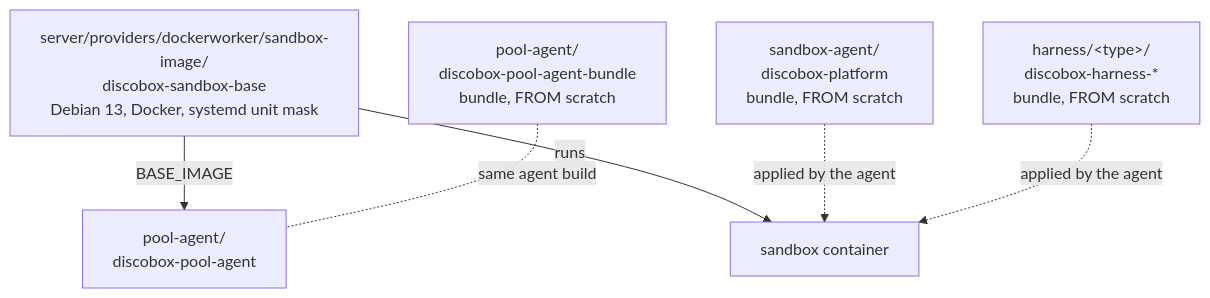
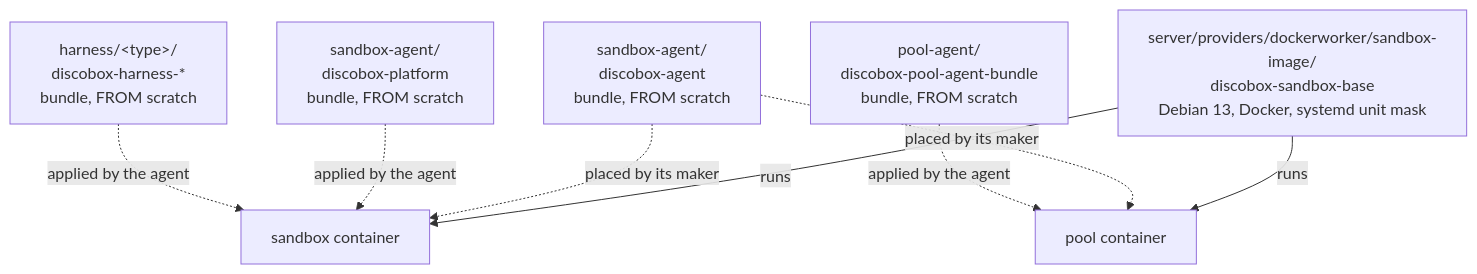
Before and after one commit to discobox-ai/discobox: the fifth of 5 diagrams in DESIGN.md, drawn with Mermaid. The commit also changed other lines of this file and 58 other files, not shown here.

First line of the commit message:
feat: retire the pool-agent image

````diff
--- a/DESIGN.md
+++ b/DESIGN.md
@@ -403,15 +403,18 @@
 ```mermaid
 flowchart TD
     base["server/providers/dockerworker/sandbox-image/<br/>discobox-sandbox-base<br/>Debian 13, Docker, systemd unit mask"]
-    pool["pool-agent/<br/>discobox-pool-agent"]
-    poolbundle["pool-agent/<br/>discobox-pool-agent-bundle<br/>bundle, FROM scratch"]
+    agent["sandbox-agent/<br/>discobox-agent<br/>bundle, FROM scratch"]
     platform["sandbox-agent/<br/>discobox-platform<br/>bundle, FROM scratch"]
     bundle["harness/&lt;type&gt;/<br/>discobox-harness-*<br/>bundle, FROM scratch"]
+    poolbundle["pool-agent/<br/>discobox-pool-agent-bundle<br/>bundle, FROM scratch"]
     box["sandbox container"]
+    poolbox["pool container"]
 
-    base -->|BASE_IMAGE| pool
     base -->|runs| box
+    base -->|runs| poolbox
+    agent -.->|placed by its maker| box
+    agent -.->|placed by its maker| poolbox
     platform -.->|applied by the agent| box
     bundle -.->|applied by the agent| box
-    poolbundle -.-|same agent build| pool
+    poolbundle -.->|applied by the agent| poolbox
 ```
````
